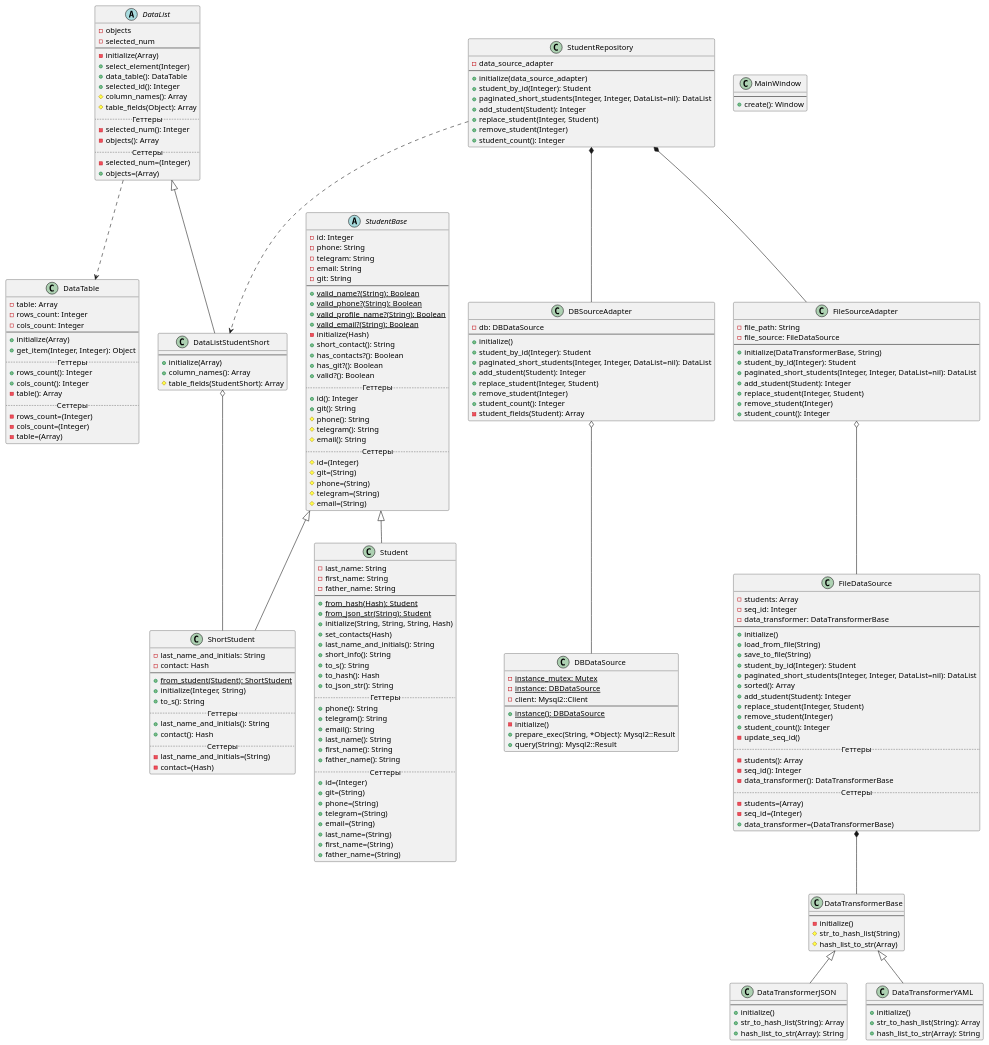
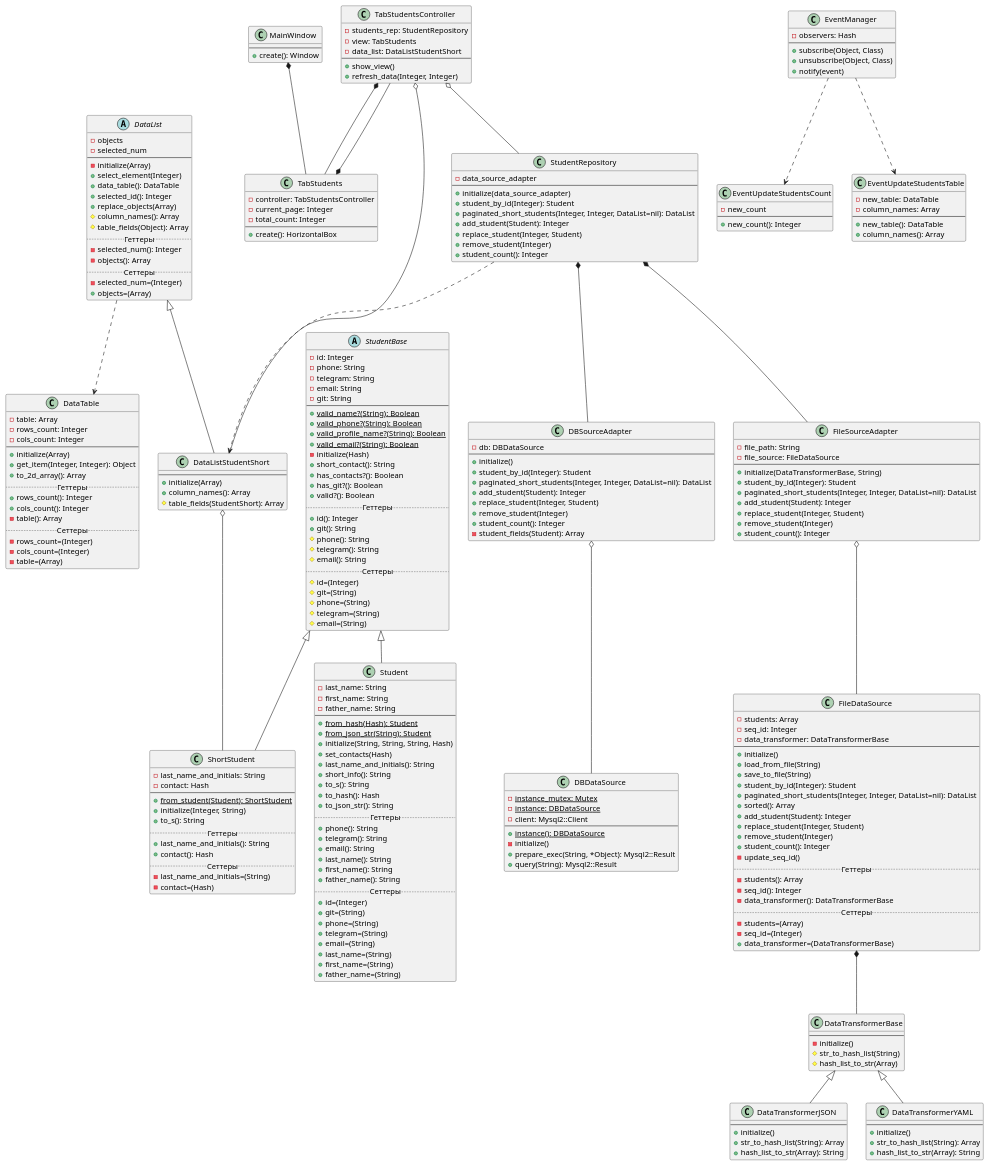
One commit to r1411/PatternsLabs changed the diagram in Diagrams/lab2.puml. Above: the diagram before and after it, drawn with PlantUML. The commit also changed 1 other file, not shown here.

Commit message:
Актуальная диаграмма

```diff
--- a/Diagrams/lab2.puml
+++ b/Diagrams/lab2.puml
@@ -9,6 +9,15 @@
 FileSourceAdapter o-- FileDataSource
 StudentRepository *-- DBSourceAdapter
 StudentRepository *-- FileSourceAdapter
+
+MainWindow *-- TabStudents
+TabStudents *-- TabStudentsController
+TabStudentsController *-- TabStudents
+TabStudentsController o-- StudentRepository
+TabStudentsController o-- DataListStudentShort
+
+EventManager ..> EventUpdateStudentsCount
+EventManager ..> EventUpdateStudentsTable
 
 abstract class StudentBase {
     -id: Integer
@@ -94,6 +103,7 @@
     --
     +initialize(Array)
     +get_item(Integer, Integer): Object
+    +to_2d_array(): Array
     .. Геттеры ..
     +rows_count(): Integer
     +cols_count(): Integer
@@ -112,6 +122,7 @@
     +select_element(Integer)
     +data_table(): DataTable
     +selected_id(): Integer
+    +replace_objects(Array)
     #column_names(): Array
     #table_fields(Object): Array
     .. Геттеры ..
@@ -230,4 +241,43 @@
     +create(): Window
 }
 
+class TabStudents {
+    -controller: TabStudentsController
+    -current_page: Integer
+    -total_count: Integer
+    --
+    +create(): HorizontalBox
+}
+
+class TabStudentsController {
+    -students_rep: StudentRepository
+    -view: TabStudents
+    -data_list: DataListStudentShort
+    --
+    +show_view()
+    +refresh_data(Integer, Integer)
+}
+
+class EventManager {
+    -observers: Hash
+    --
+    +subscribe(Object, Class)
+    +unsubscribe(Object, Class)
+    +notify(event)
+}
+
+class EventUpdateStudentsCount {
+    -new_count
+    --
+    +new_count(): Integer
+}
+
+class EventUpdateStudentsTable {
+    -new_table: DataTable
+    -column_names: Array
+    --
+    +new_table(): DataTable
+    +column_names(): Array
+}
+
 @enduml
```
